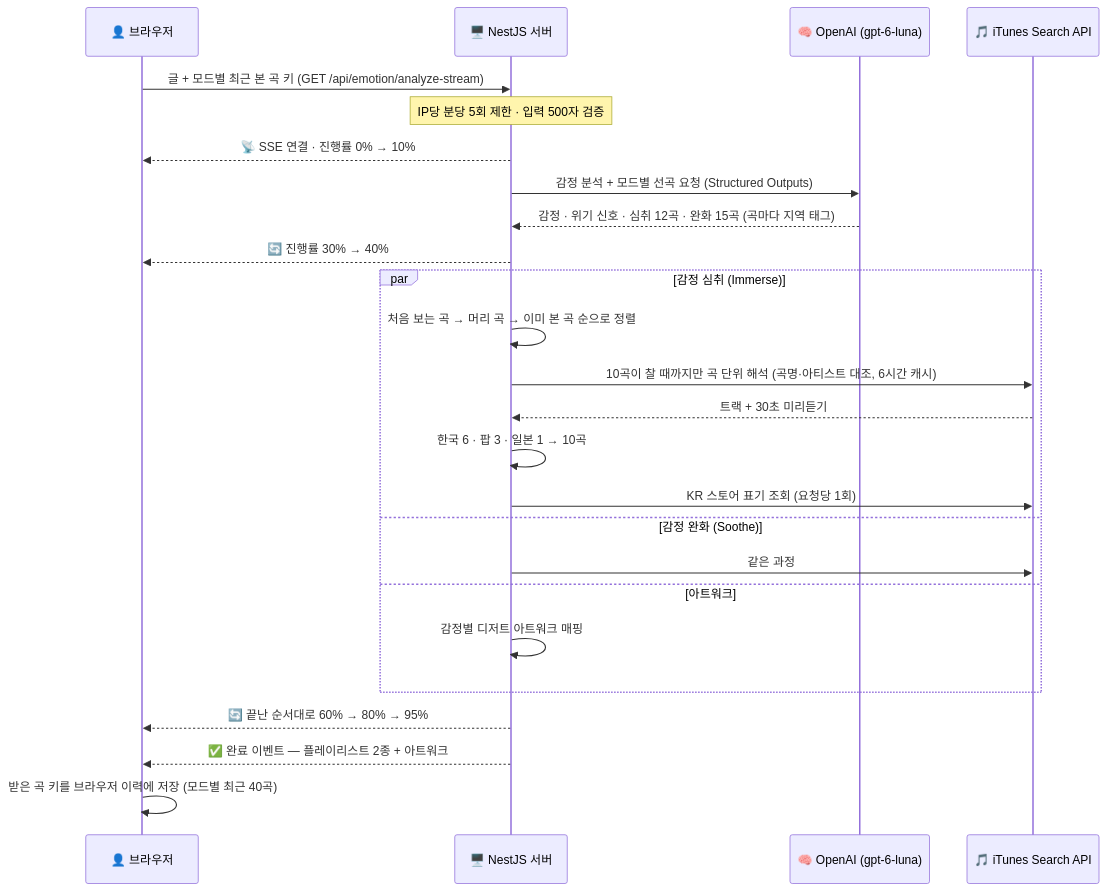
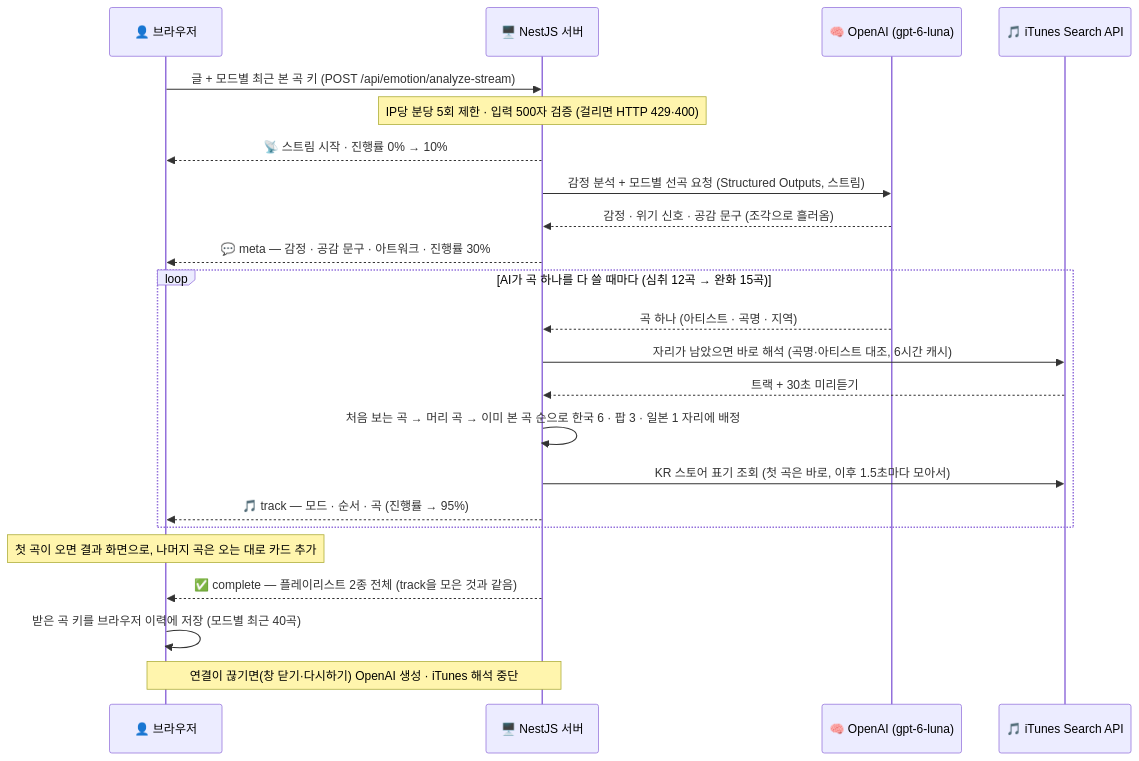
Before and after one commit to smnm1998/artune: the diagram in README.md, drawn with Mermaid. The commit also changed other lines of this file, not shown here.

Commit message:
docs: README에 곡 스트리밍 반영 — 첫 곡 p50 12.2초 → 3.2초와 목표 미달 분해, 흐름도를 POST 스트림·곡 단위로

````diff
--- a/README.md
+++ b/README.md
@@ -55,30 +55,28 @@
 ```mermaid
 sequenceDiagram
     participant User as 👤 브라우저
     participant Server as 🖥️ NestJS 서버
     participant OpenAI as 🧠 OpenAI (gpt-6-luna)
     participant iTunes as 🎵 iTunes Search API
 
-    User->>Server: 글 + 모드별 최근 본 곡 키 (GET /api/emotion/analyze-stream)
-    Note over Server: IP당 분당 5회 제한 · 입력 500자 검증
-    Server-->>User: 📡 SSE 연결 · 진행률 0% → 10%
+    User->>Server: 글 + 모드별 최근 본 곡 키 (POST /api/emotion/analyze-stream)
+    Note over Server: IP당 분당 5회 제한 · 입력 500자 검증 (걸리면 HTTP 429·400)
+    Server-->>User: 📡 스트림 시작 · 진행률 0% → 10%
 
-    Server->>OpenAI: 감정 분석 + 모드별 선곡 요청 (Structured Outputs)
-    OpenAI-->>Server: 감정 · 위기 신호 · 심취 12곡 · 완화 15곡 (곡마다 지역 태그)
-    Server-->>User: 🔄 진행률 30% → 40%
+    Server->>OpenAI: 감정 분석 + 모드별 선곡 요청 (Structured Outputs, 스트림)
+    OpenAI-->>Server: 감정 · 위기 신호 · 공감 문구 (조각으로 흘러옴)
+    Server-->>User: 💬 meta — 감정 · 공감 문구 · 아트워크 · 진행률 30%
 
-    par 감정 심취 (Immerse)
-        Server->>Server: 처음 보는 곡 → 머리 곡 → 이미 본 곡 순으로 정렬
-        Server->>iTunes: 10곡이 찰 때까지만 곡 단위 해석 (곡명·아티스트 대조, 6시간 캐시)
+    loop AI가 곡 하나를 다 쓸 때마다 (심취 12곡 → 완화 15곡)
+        OpenAI-->>Server: 곡 하나 (아티스트 · 곡명 · 지역)
+        Server->>iTunes: 자리가 남았으면 바로 해석 (곡명·아티스트 대조, 6시간 캐시)
         iTunes-->>Server: 트랙 + 30초 미리듣기
-        Server->>Server: 한국 6 · 팝 3 · 일본 1 → 10곡
-        Server->>iTunes: KR 스토어 표기 조회 (요청당 1회)
-    and 감정 완화 (Soothe)
-        Server->>iTunes: 같은 과정
-    and 아트워크
-        Server->>Server: 감정별 디저트 아트워크 매핑
+        Server->>Server: 처음 보는 곡 → 머리 곡 → 이미 본 곡 순으로 한국 6 · 팝 3 · 일본 1 자리에 배정
+        Server->>iTunes: KR 스토어 표기 조회 (첫 곡은 바로, 이후 1.5초마다 모아서)
+        Server-->>User: 🎵 track — 모드 · 순서 · 곡 (진행률 → 95%)
     end
-    Server-->>User: 🔄 끝난 순서대로 60% → 80% → 95%
-    Server-->>User: ✅ 완료 이벤트 — 플레이리스트 2종 + 아트워크
+    Note over User: 첫 곡이 오면 결과 화면으로, 나머지 곡은 오는 대로 카드 추가
+    Server-->>User: ✅ complete — 플레이리스트 2종 전체 (track을 모은 것과 같음)
     User->>User: 받은 곡 키를 브라우저 이력에 저장 (모드별 최근 40곡)
+    Note over User,Server: 연결이 끊기면(창 닫기·다시하기) OpenAI 생성 · iTunes 해석 중단
 ```
````
